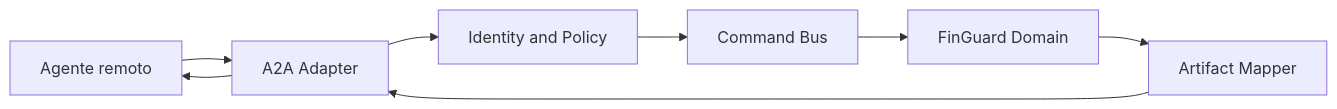
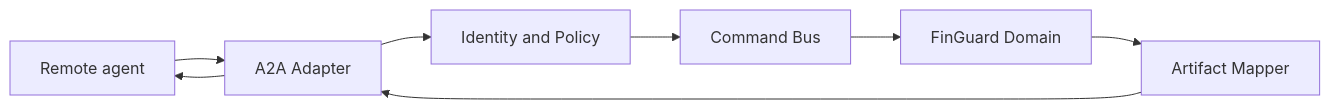
The second of 4 diagrams in docs/vision.md (adrianoggm/FinGuard), drawn with Mermaid before and after one commit. The commit also changed other lines of this file and 8 other files, not shown here.

````diff
--- a/docs/vision.md
+++ b/docs/vision.md
@@ -400,17 +400,17 @@
 ```mermaid
 flowchart LR
-    REMOTE[Agente remoto]
+    REMOTE[Remote agent]
     A2A[A2A Adapter]
     AUTH[Identity and Policy]
     BUS[Command Bus]
     DOMAIN[FinGuard Domain]
     ARTIFACT[Artifact Mapper]
 
     REMOTE --> A2A
     A2A --> AUTH
     AUTH --> BUS
     BUS --> DOMAIN
     DOMAIN --> ARTIFACT
     ARTIFACT --> A2A
     A2A --> REMOTE
 ```
````
